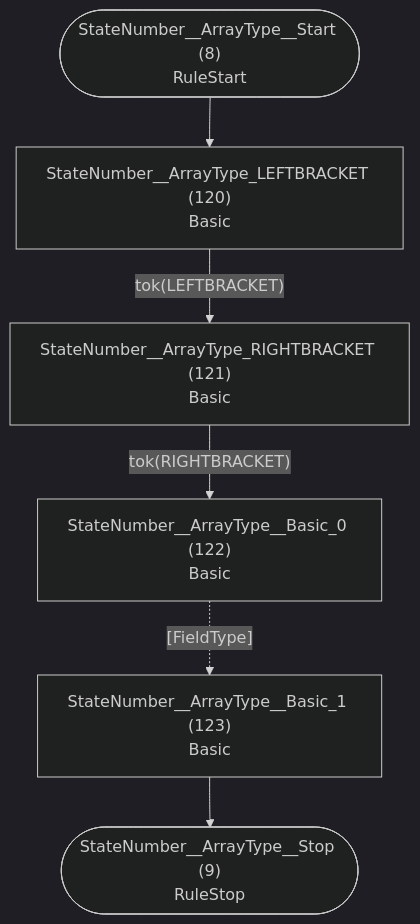
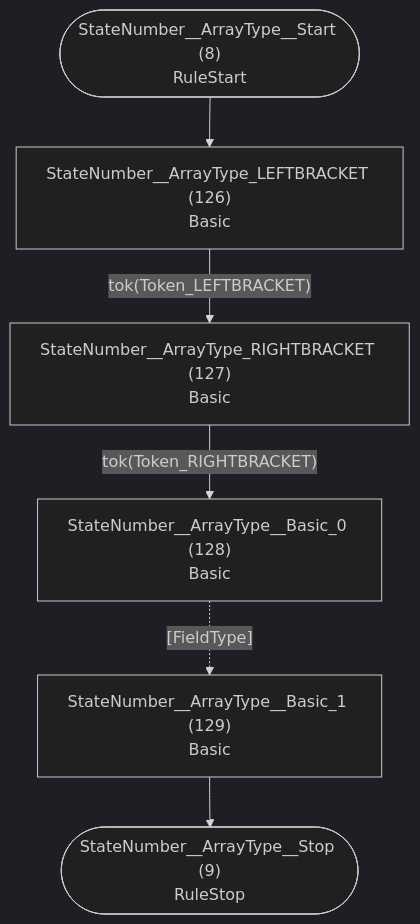
The fifth of 36 diagrams in internal/grammar/atn.md (TypeFox/fastbelt), drawn with Mermaid (dark theme) before and after one commit. The commit also changed other lines of this file and 6 other files, not shown here.

````diff
--- a/internal/grammar/atn.md
+++ b/internal/grammar/atn.md
@@ -166,15 +166,15 @@
 ```mermaid
 flowchart TD
     q8(["StateNumber__ArrayType__Start (8)<br/>RuleStart"])
     q9(["StateNumber__ArrayType__Stop (9)<br/>RuleStop"])
-    q120["StateNumber__ArrayType_LEFTBRACKET (120)<br/>Basic<br/>"]
-    q121["StateNumber__ArrayType_RIGHTBRACKET (121)<br/>Basic<br/>"]
-    q122["StateNumber__ArrayType__Basic_0 (122)<br/>Basic<br/>"]
-    q123["StateNumber__ArrayType__Basic_1 (123)<br/>Basic<br/>"]
+    q126["StateNumber__ArrayType_LEFTBRACKET (126)<br/>Basic<br/>"]
+    q127["StateNumber__ArrayType_RIGHTBRACKET (127)<br/>Basic<br/>"]
+    q128["StateNumber__ArrayType__Basic_0 (128)<br/>Basic<br/>"]
+    q129["StateNumber__ArrayType__Basic_1 (129)<br/>Basic<br/>"]
 
-    q8 --> q120
-    q120 -->|"tok(LEFTBRACKET)"| q121
-    q121 -->|"tok(RIGHTBRACKET)"| q122
-    q122 -.->|"[FieldType]"| q123
-    q123 --> q9
+    q8 --> q126
+    q126 -->|"tok(Token_LEFTBRACKET)"| q127
+    q127 -->|"tok(Token_RIGHTBRACKET)"| q128
+    q128 -.->|"[FieldType]"| q129
+    q129 --> q9
 ```
````
